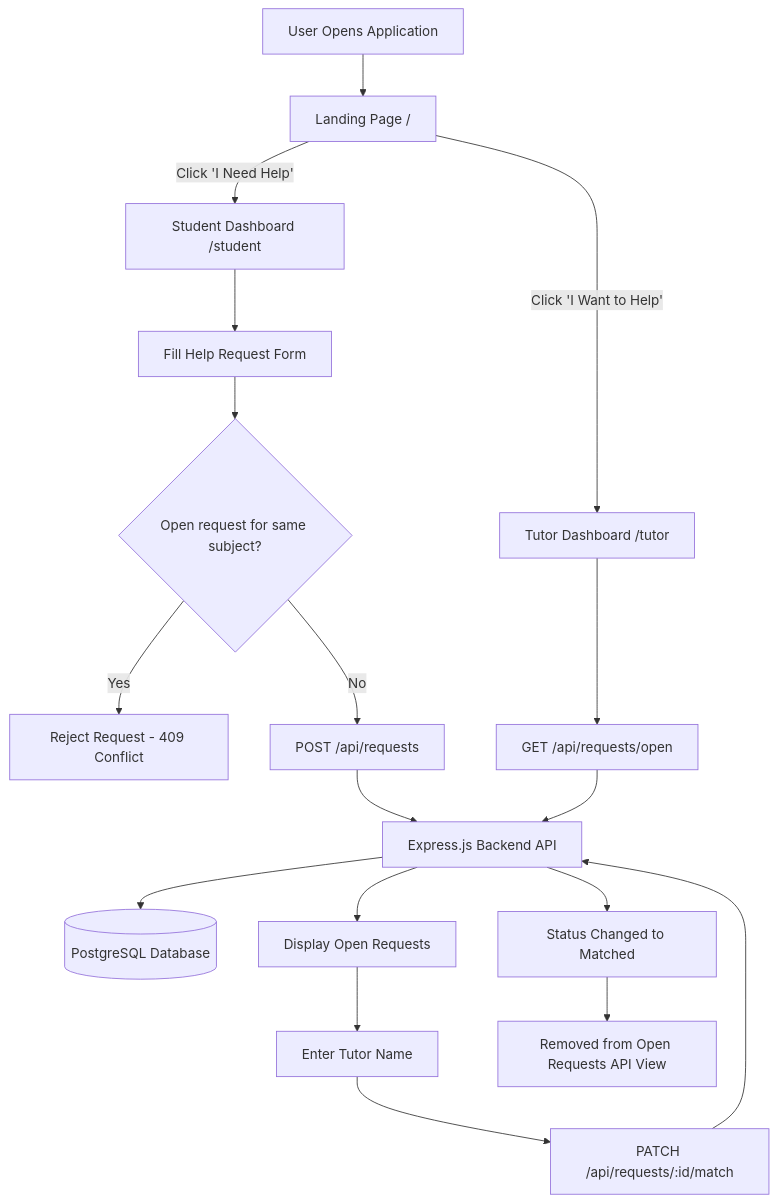
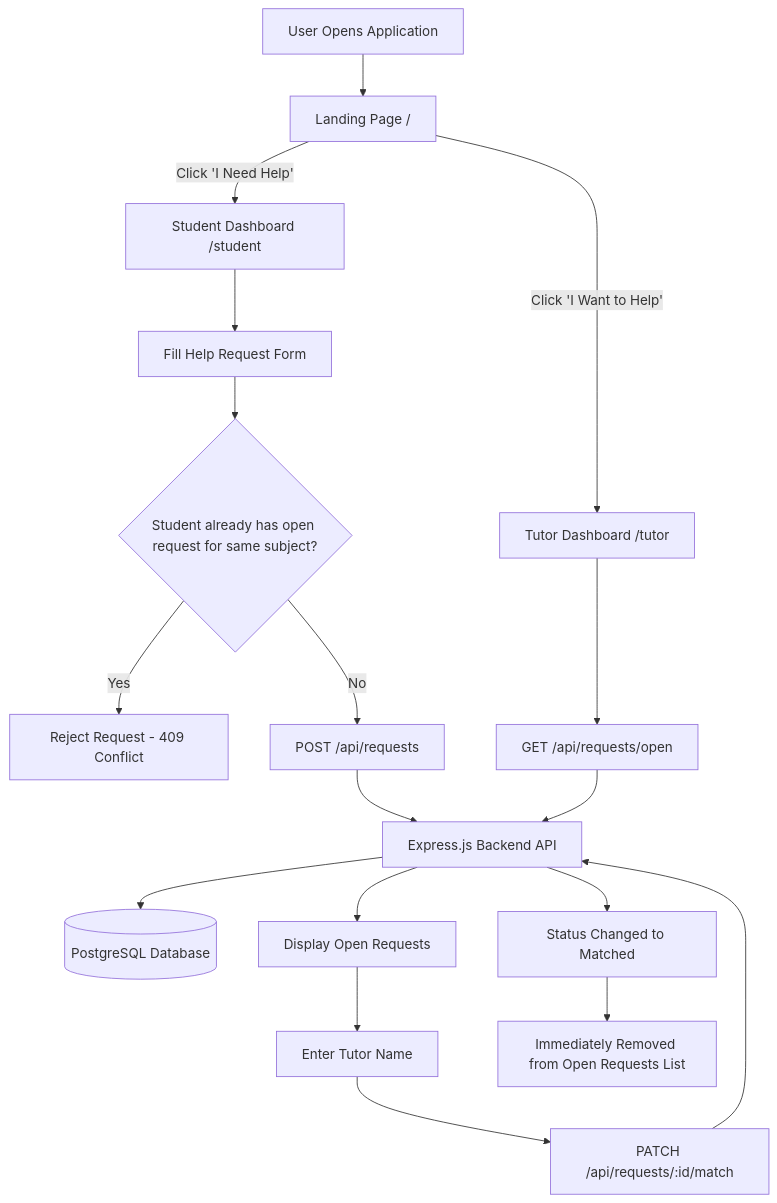
The diagram in README.md (Maheshwarandev/peer-tutor), drawn with Mermaid before and after one commit. The commit also changed other lines of this file and 13 other files, not shown here.

````diff
--- a/README.md
+++ b/README.md
@@ -50,22 +50,22 @@
 ```mermaid
 graph TD
     A[User Opens Application] --> B[Landing Page /]
     
     B -->|Click 'I Need Help'| C[Student Dashboard /student]
     C --> D[Fill Help Request Form]
-    D --> E{Open request for same subject?}
+    D --> E{Student already has open request for same subject?}
     E -->|Yes| F[Reject Request - 409 Conflict]
     E -->|No| G[POST /api/requests]
     G --> H[Express.js Backend API]
     H --> I[(PostgreSQL Database)]
     
     B -->|Click 'I Want to Help'| J[Tutor Dashboard /tutor]
     J --> K[GET /api/requests/open]
     K --> H
     H --> L[Display Open Requests]
     L --> M[Enter Tutor Name]
     M --> N[PATCH /api/requests/:id/match]
     N --> H
     H --> O[Status Changed to Matched]
-    O --> P[Removed from Open Requests API View]
+    O --> P[Immediately Removed from Open Requests List]
 ```
````
